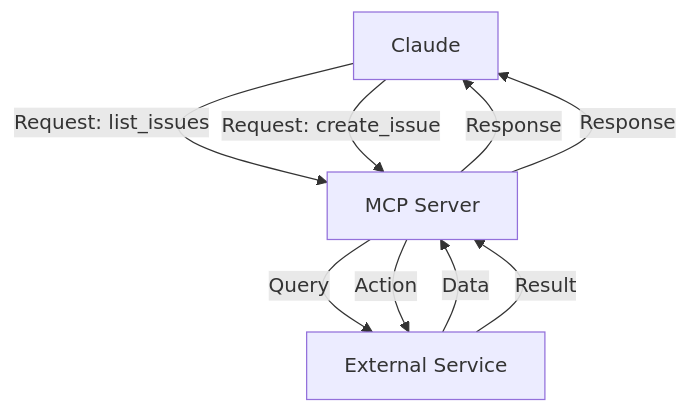
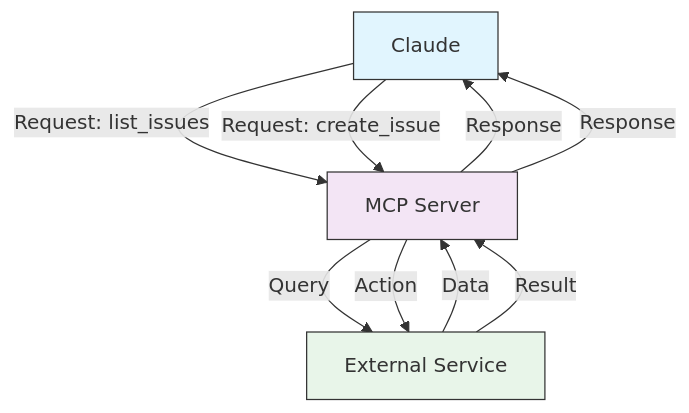
One commit to omnimasudo/croft-howto changed the first of 5 diagrams in 05-mcp/README.md. Above: the diagram before and after it, drawn with Mermaid. The commit also changed other lines of this file and 25 other files, not shown here.

````diff
--- a/05-mcp/README.md
+++ b/05-mcp/README.md
@@ -23,16 +23,20 @@
 ```mermaid
 graph TB
     A["Claude"]
     B["MCP Server"]
     C["External Service"]
 
     A -->|Request: list_issues| B
     B -->|Query| C
     C -->|Data| B
     B -->|Response| A
 
     A -->|Request: create_issue| B
     B -->|Action| C
     C -->|Result| B
     B -->|Response| A
+
+    style A fill:#e1f5fe,stroke:#333,color:#333
+    style B fill:#f3e5f5,stroke:#333,color:#333
+    style C fill:#e8f5e9,stroke:#333,color:#333
 ```
````
